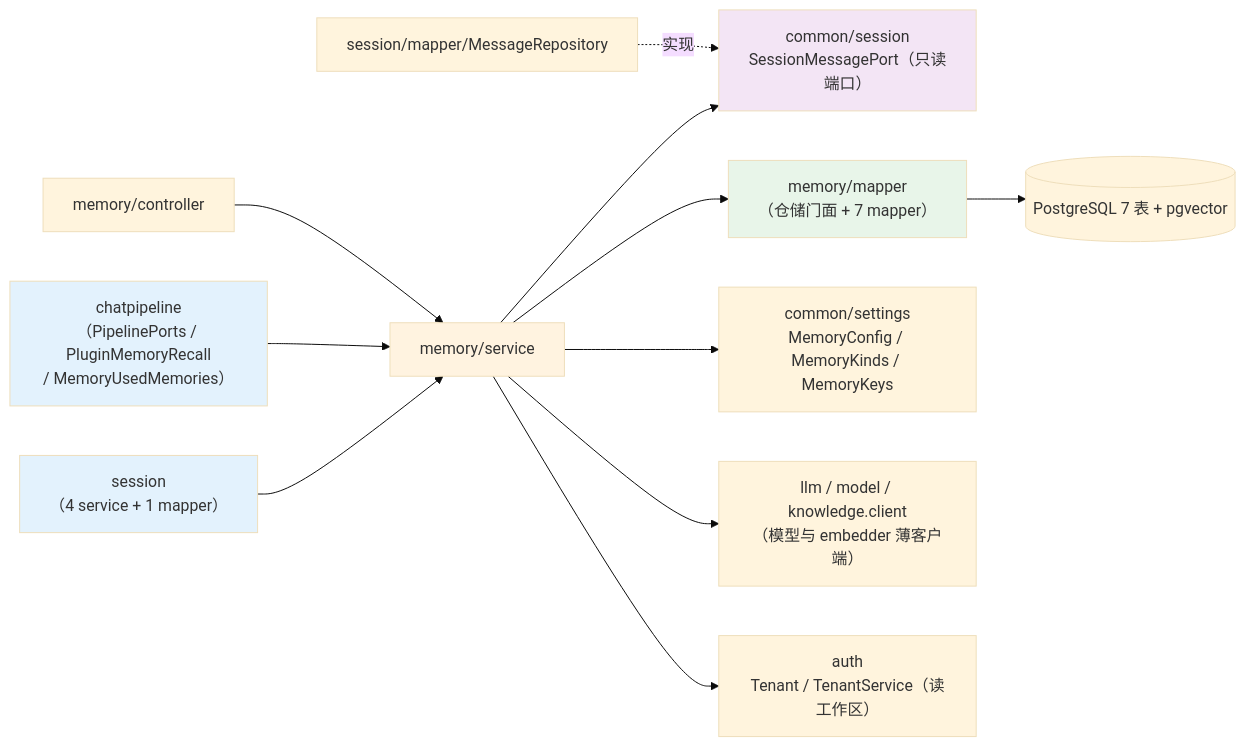
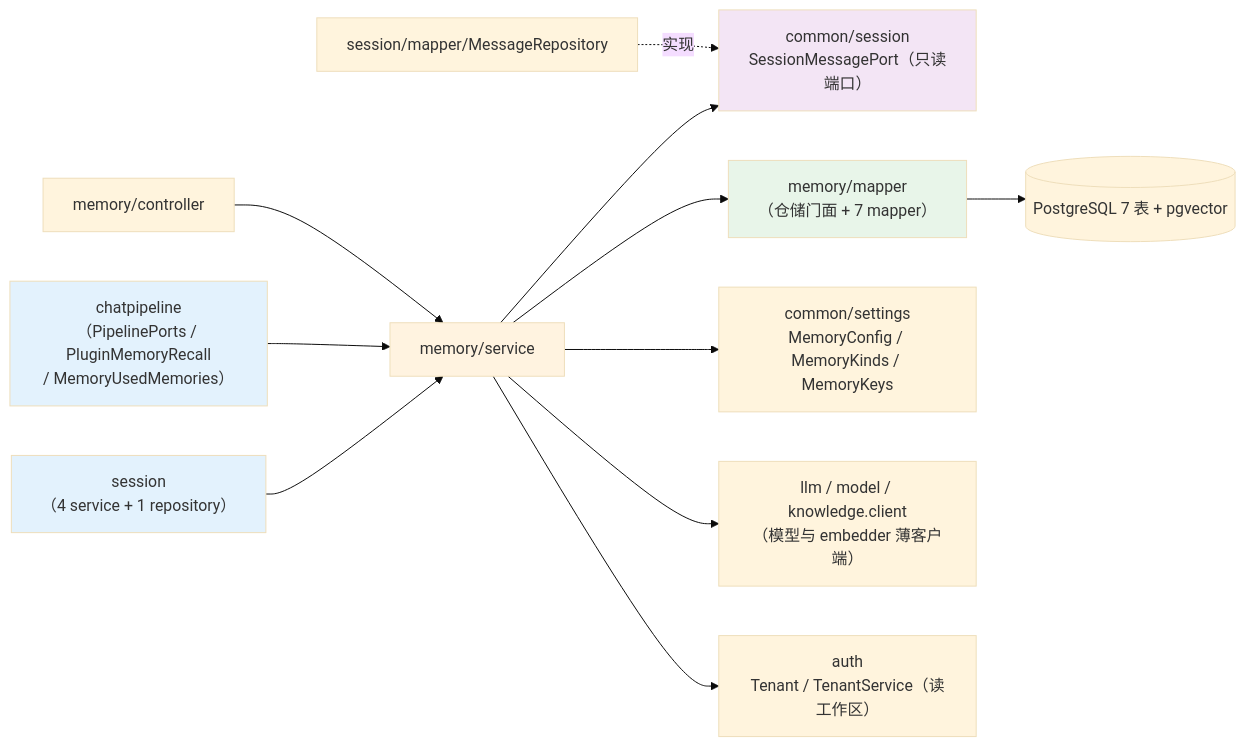
The second of 7 diagrams in docs/memory-module-guide.md (pmbilly/ragagent), drawn with Mermaid (base theme) before and after one commit. The commit also changed other lines of this file and 80 other files, not shown here.

````diff
--- a/docs/memory-module-guide.md
+++ b/docs/memory-module-guide.md
@@ -89,19 +90,19 @@
 ```mermaid
 graph LR
-    SES["session<br/>（4 service + 1 mapper）"] --> SVC["memory/service"]
+    SES["session<br/>（4 service + 1 repository）"] --> SVC["memory/service"]
     CP["chatpipeline<br/>（PipelinePorts / PluginMemoryRecall<br/>/ MemoryUsedMemories）"] --> SVC
     SVC --> PORT["common/session<br/>SessionMessagePort（只读端口）"]
     IMPL["session/mapper/MessageRepository"] -. 实现 .-> PORT
     SVC --> REPO["memory/mapper<br/>（仓储门面 + 7 mapper）"]
     REPO --> PG[("PostgreSQL 7 表 + pgvector")]
     SVC --> CS["common/settings<br/>MemoryConfig / MemoryKinds / MemoryKeys"]
     SVC --> LLM["llm / model / knowledge.client<br/>（模型与 embedder 薄客户端）"]
     SVC --> AUTH["auth<br/>Tenant / TenantService（读工作区）"]
     CTRL2["memory/controller"] --> SVC
 
     style SES fill:#e3f2fd
     style CP fill:#e3f2fd
     style SVC fill:#fff3e0
     style REPO fill:#e8f5e9
     style PORT fill:#f3e5f5
 ```
````
